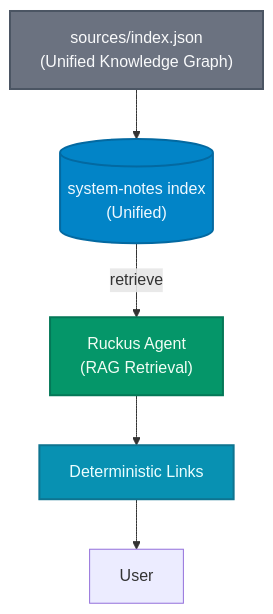
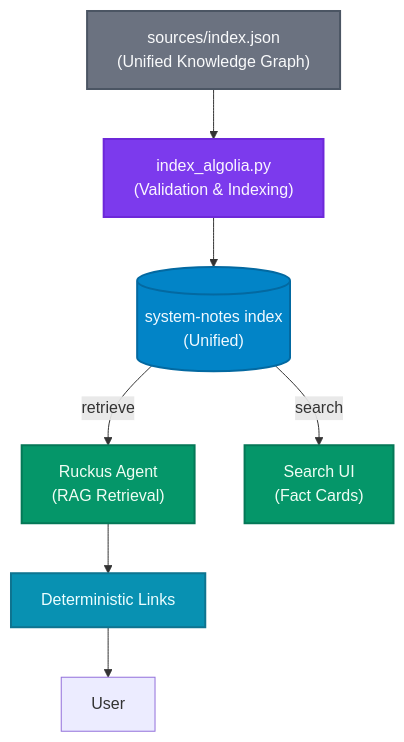
Before and after one commit to anchildress1/system-notes: the diagram in apps/api/algolia/diagrams/system-flow.md, drawn with Mermaid. The commit also changed other lines of this file and 21 other files, not shown here.

First line of the commit message:
fix(search): address PR comments and consolidate Algolia config

````diff
--- a/apps/api/algolia/diagrams/system-flow.md
+++ b/apps/api/algolia/diagrams/system-flow.md
@@ -5,31 +5,37 @@
 ```mermaid
 graph TB
     accTitle: Algolia System Data Flow
-    accDescr: Data flow showing how the Python script enriches JSON data with graph context before indexing
+    accDescr: Data flow showing how the Python script indexes the unified JSON data
 
     %% Data sources
     UnifiedJSON["sources/index.json<br/>(Unified Knowledge Graph)"]:::source
+
+    %% Process
+    Script["index_algolia.py<br/>(Validation & Indexing)"]:::process
 
     %% Algolia indices
     UnifiedIndex[("system-notes index<br/>(Unified)")]:::index
 
     %% Retrieval
     Ruckus["Ruckus Agent<br/>(RAG Retrieval)"]:::agent
+    Web["Search UI<br/>(Fact Cards)"]:::agent
 
     %% Link generation
     Links["Deterministic Links"]:::output
 
     %% Flow
-    UnifiedJSON --> UnifiedIndex
+    UnifiedJSON --> Script
+    Script --> UnifiedIndex
     UnifiedIndex -->|retrieve| Ruckus
+    UnifiedIndex -->|search| Web
 
     Ruckus --> Links
     Links --> User
 
     %% Styles
     classDef source fill:#6b7280,stroke:#4b5563,stroke-width:2px,color:#f9fafb
     classDef process fill:#7c3aed,stroke:#6d28d9,stroke-width:2px,color:#faf5ff
     classDef index fill:#0284c7,stroke:#0369a1,stroke-width:2px,color:#f0f9ff
     classDef agent fill:#059669,stroke:#047857,stroke-width:2px,color:#f0fdf4
     classDef output fill:#0891b2,stroke:#0e7490,stroke-width:2px,color:#ecfeff
 ```
````
